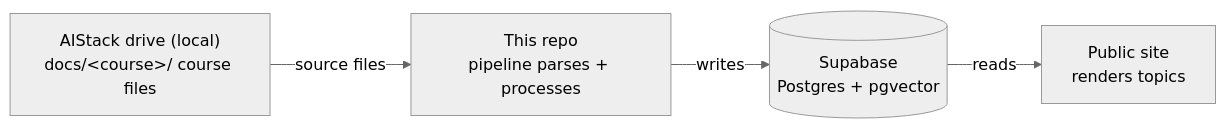
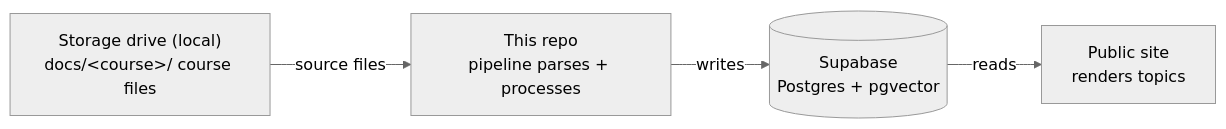
One commit to matolks/the-library-of-vincandria changed the diagram in README.md. Above: the diagram before and after it, drawn with Mermaid (neutral theme).

Commit message:
Updated doc locations, need to swithc local model for chunker..

````diff
--- a/README.md
+++ b/README.md
@@ -26,10 +26,10 @@
 ```mermaid
 flowchart LR
-    A["AIStack drive (local)<br/>docs/&lt;course&gt;/ course files"]
+    A["Storage drive (local)<br/>docs/&lt;course&gt;/ course files"]
     B["This repo<br/>pipeline parses + processes"]
     C[("Supabase<br/>Postgres + pgvector")]
     D["Public site<br/>renders topics"]
     A -->|source files| B
     B -->|writes| C
     C -->|reads| D
 ```
````
